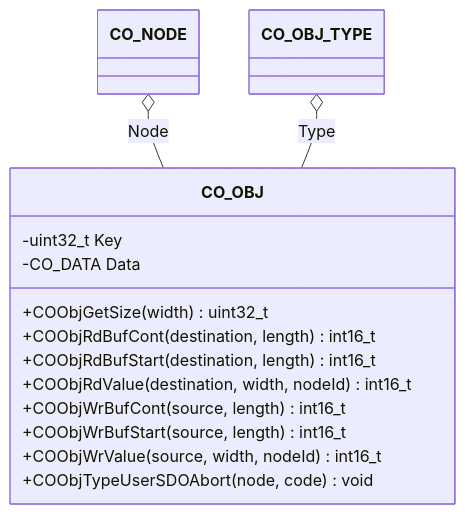
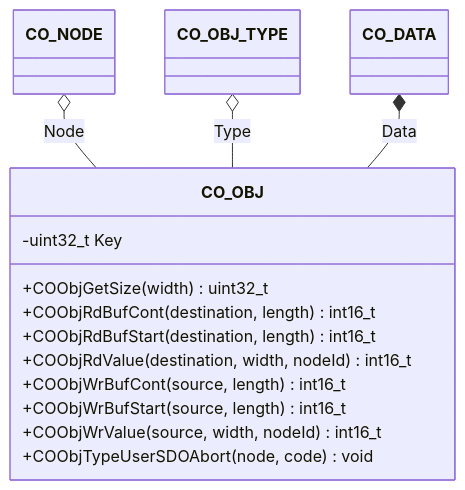
One commit to embedded-office/canopen-website changed the diagram in website/docs/api/object.md. Above: the diagram before and after it, drawn with Mermaid. The commit also changed 7 other files, not shown here.

````diff
--- a/website/docs/api/object.md
+++ b/website/docs/api/object.md
@@ -7,17 +7,17 @@
 ```mermaid
 classDiagram
   CO_NODE o-- CO_OBJ : Node
   CO_OBJ_TYPE o-- CO_OBJ : Type
+  CO_DATA *-- CO_OBJ : Data
   class CO_OBJ {
     -uint32_t Key
-    -CO_DATA Data
     +COObjGetSize(width) uint32_t
     +COObjRdBufCont(destination, length) int16_t
     +COObjRdBufStart(destination, length) int16_t
     +COObjRdValue(destination, width, nodeId) int16_t
     +COObjWrBufCont(source, length) int16_t
     +COObjWrBufStart(source, length) int16_t
     +COObjWrValue(source, width, nodeId) int16_t
     +COObjTypeUserSDOAbort(node, code) void
   }
 ```
````
